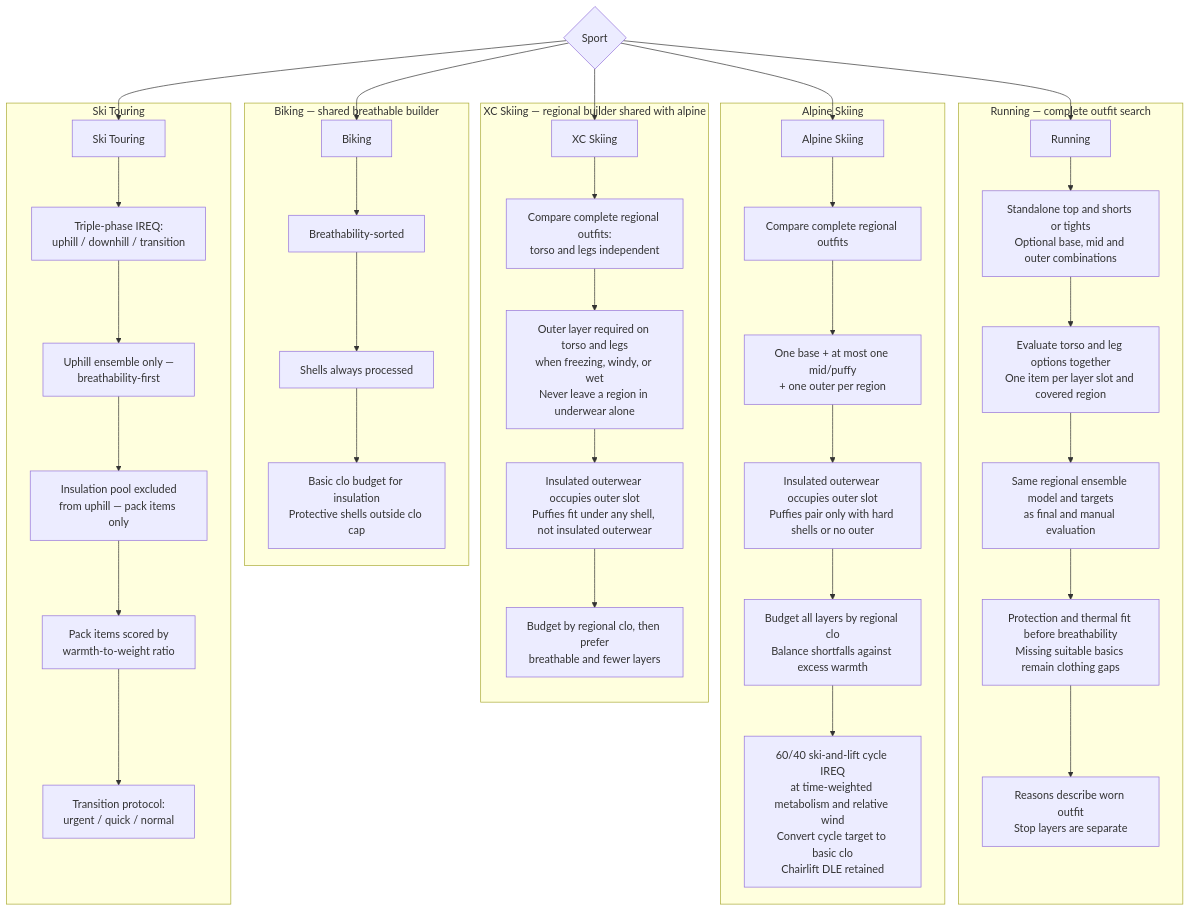
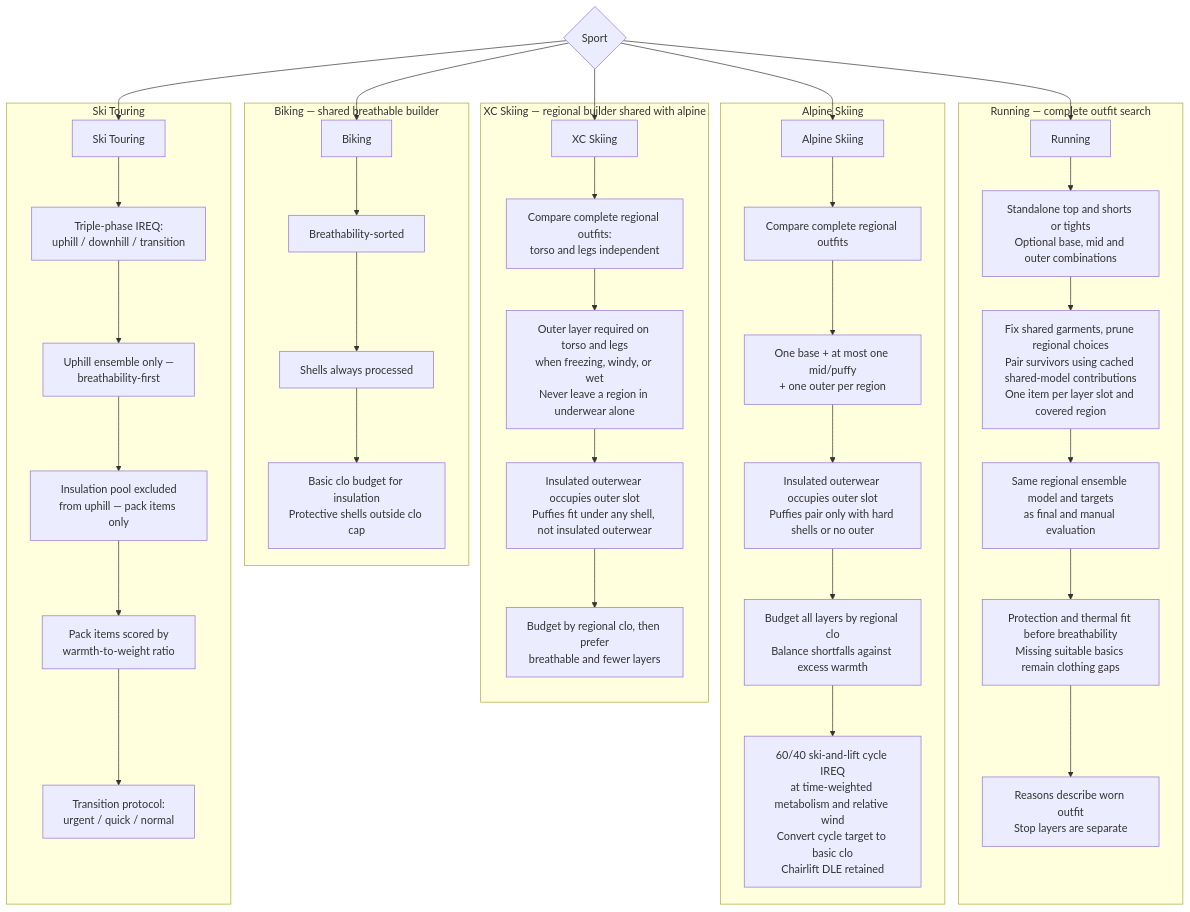
Before and after one commit to derobertsw/swttr: the fourth of 7 diagrams in README.md, drawn with Mermaid. The commit also changed other lines of this file and 10 other files, not shown here.

````diff
--- a/README.md
+++ b/README.md
@@ -183,45 +184,45 @@
 ```mermaid
 graph TD
     SPORT{Sport} --> RUN[Running]
     SPORT --> BIKE[Biking]
     SPORT --> ALP[Alpine Skiing]
     SPORT --> XC[XC Skiing]
     SPORT --> TOUR[Ski Touring]
 
     subgraph "Running — complete outfit search"
         RUN --> R1[Standalone top and shorts or tights<br/>Optional base, mid and outer combinations]
-        R1 --> R2[Evaluate torso and leg options together<br/>One item per layer slot and covered region]
+        R1 --> R2[Fix shared garments, prune regional choices<br/>Pair survivors using cached shared-model contributions<br/>One item per layer slot and covered region]
         R2 --> R3[Same regional ensemble model and targets<br/>as final and manual evaluation]
         R3 --> R4[Protection and thermal fit before breathability<br/>Missing suitable basics remain clothing gaps]
         R4 --> R5[Reasons describe worn outfit<br/>Stop layers are separate]
     end
 
     subgraph "Biking — shared breathable builder"
         BIKE --> B1[Breathability-sorted]
         B1 --> B2[Shells always processed]
         B2 --> B3[Basic clo budget for insulation<br/>Protective shells outside clo cap]
     end
 
     subgraph "Alpine Skiing"
         ALP --> A1[Compare complete regional outfits]
         A1 --> A2[One base + at most one mid/puffy<br/>+ one outer per region]
         A2 --> A3[Insulated outerwear occupies outer slot<br/>Puffies pair only with hard shells or no outer]
         A3 --> A4[Budget all layers by regional clo<br/>Balance shortfalls against excess warmth]
         A4 --> A5[60/40 ski-and-lift cycle IREQ<br/>at time-weighted metabolism and relative wind<br/>Convert cycle target to basic clo<br/>Chairlift DLE retained]
     end
 
     subgraph "XC Skiing — regional builder shared with alpine"
         XC --> X1[Compare complete regional outfits:<br/>torso and legs independent]
         X1 --> X2[Outer layer required on torso and legs<br/>when freezing, windy, or wet<br/>Never leave a region in underwear alone]
         X2 --> X3[Insulated outerwear occupies outer slot<br/>Puffies fit under any shell, not insulated outerwear]
         X3 --> X4[Budget by regional clo, then prefer<br/>breathable and fewer layers]
     end
 
     subgraph "Ski Touring"
         TOUR --> T1a[Triple-phase IREQ:<br/>uphill / downhill / transition]
         T1a --> T2a[Uphill ensemble only —<br/>breathability-first]
         T2a --> T3a[Insulation pool excluded<br/>from uphill — pack items only]
         T3a --> T4a[Pack items scored by<br/>warmth-to-weight ratio]
         T4a --> T5a[Transition protocol:<br/>urgent / quick / normal]
     end
 ```
````
